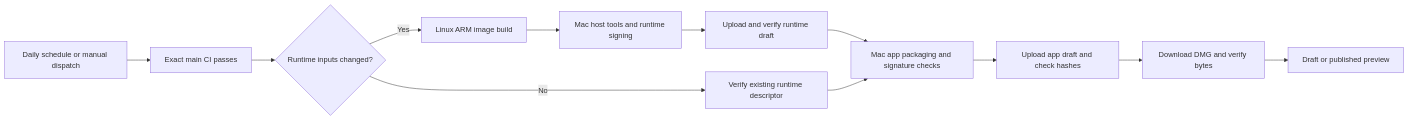
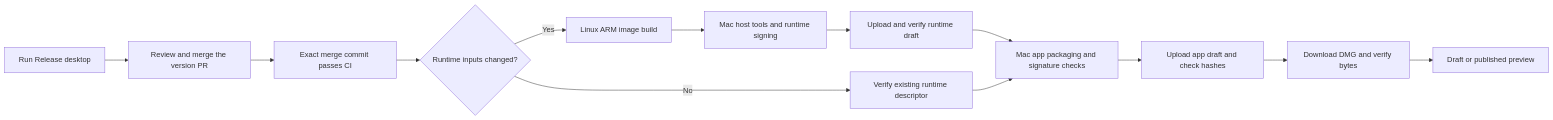
Before and after one commit to KrishBhimani/nod: the diagram in desktop/RELEASING.md, drawn with Mermaid. The commit also changed other lines of this file and 8 other files, not shown here.

````diff
--- a/desktop/RELEASING.md
+++ b/desktop/RELEASING.md
@@ -59,14 +59,15 @@
 ```mermaid
 flowchart LR
-  P[Daily schedule or manual dispatch] --> C[Exact main CI passes]
+  P[Run Release desktop] --> M[Review and merge the version PR]
+  M --> C[Exact merge commit passes CI]
   C --> R{Runtime inputs changed?}
   R -->|Yes| I[Linux ARM image build]
   I --> H[Mac host tools and runtime signing]
   H --> V[Upload and verify runtime draft]
   R -->|No| D[Verify existing runtime descriptor]
   V --> A[Mac app packaging and signature checks]
   D --> A
   A --> U[Upload app draft and check hashes]
   U --> Q[Download DMG and verify bytes]
   Q --> F[Draft or published preview]
 ```
````
